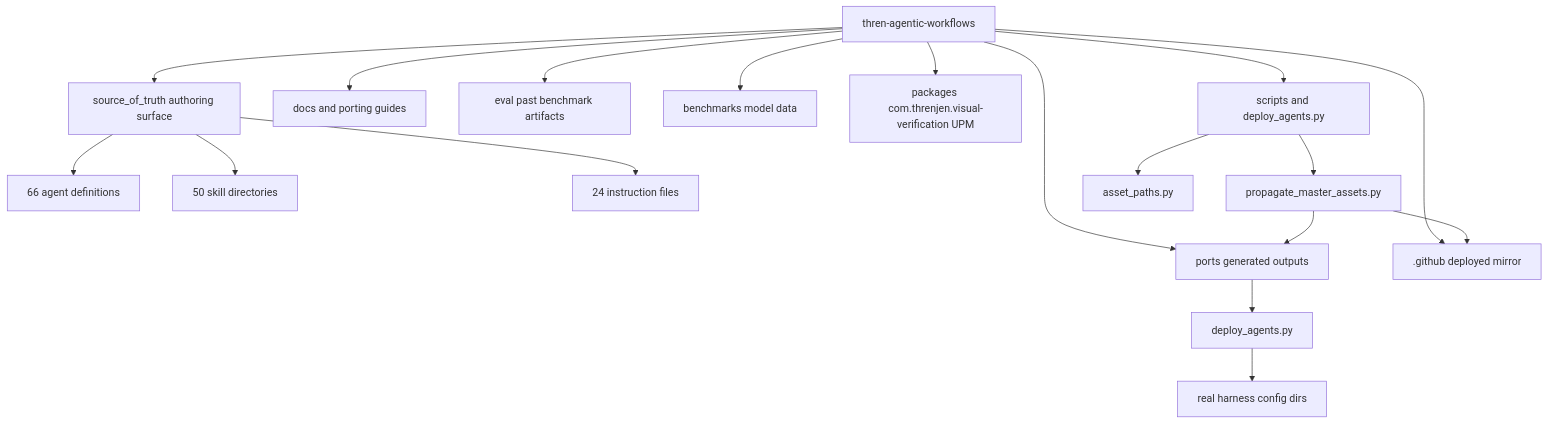
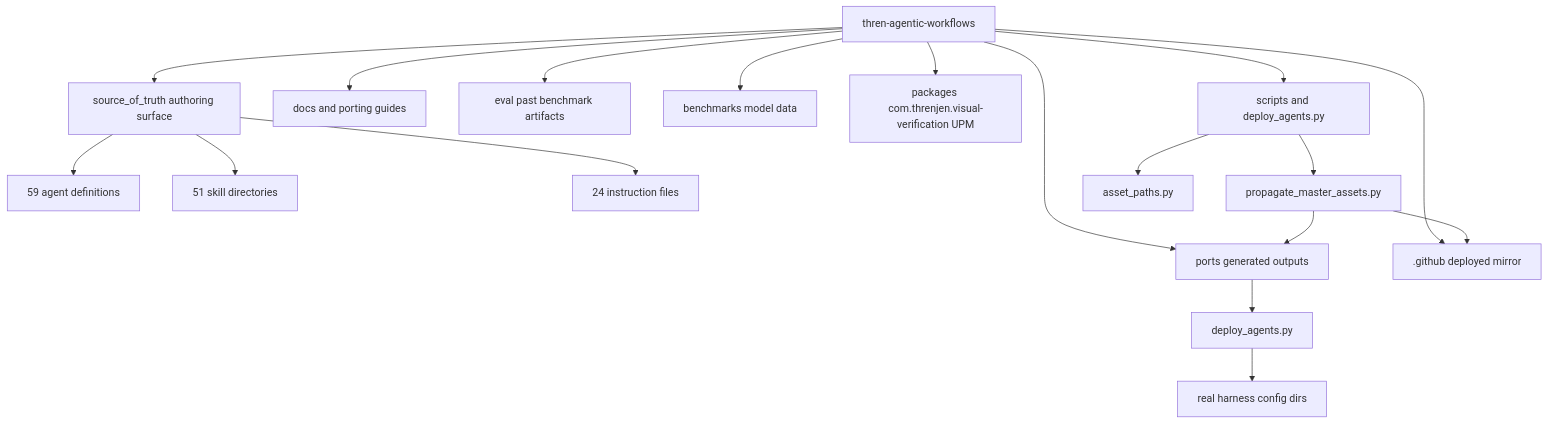
Before and after one commit to threnjen/thren-agentic-workflows: the first of 4 diagrams in docs/ARCHITECTURE.md, drawn with Mermaid. The commit also changed other lines of this file and 867 other files, not shown here.

````diff
--- a/docs/ARCHITECTURE.md
+++ b/docs/ARCHITECTURE.md
@@ -22,24 +22,24 @@
 ```mermaid
 flowchart TD
     Root[thren-agentic-workflows]
 
     Root --> SOT[source_of_truth authoring surface]
     Root --> Ports[ports generated outputs]
     Root --> DotGithub[.github deployed mirror]
     Root --> Docs[docs and porting guides]
     Root --> Eval[eval past benchmark artifacts]
     Root --> Bench[benchmarks model data]
     Root --> Pkg[packages com.threnjen.visual-verification UPM]
     Root --> Scripts[scripts and deploy_agents.py]
 
-    SOT --> Agents[66 agent definitions]
-    SOT --> Skills[50 skill directories]
+    SOT --> Agents[59 agent definitions]
+    SOT --> Skills[51 skill directories]
     SOT --> Instructions[24 instruction files]
 
     Scripts --> Propagate[propagate_master_assets.py]
     Scripts --> Shared[asset_paths.py]
     Propagate --> Ports
     Propagate --> DotGithub
     Deploy[deploy_agents.py] --> RealDirs[real harness config dirs]
     Ports --> Deploy
 ```
````
